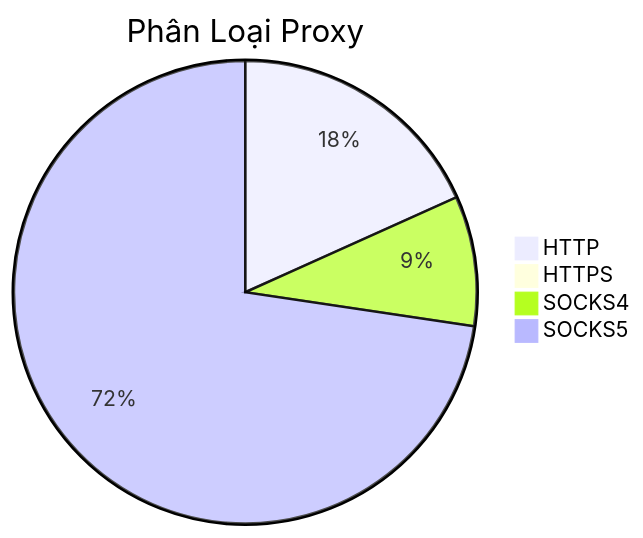
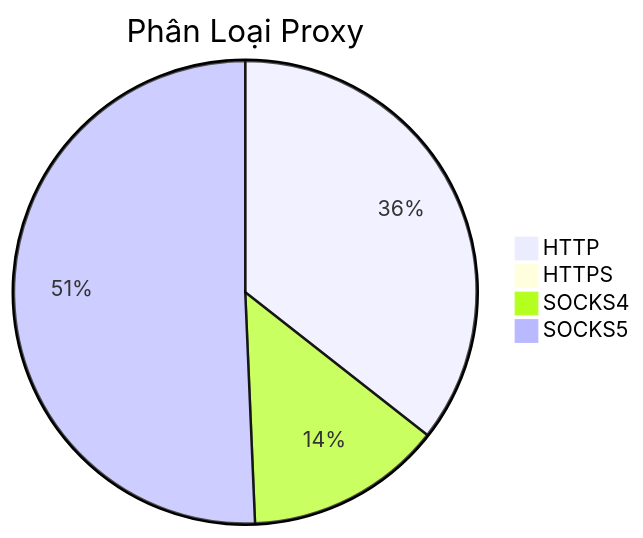
Before and after one commit to Ciara-Aa/PROXY-free: the diagram in README.md, drawn with Mermaid. The commit also changed other lines of this file and 4 other files, not shown here.

````diff
--- a/README.md
+++ b/README.md
@@ -26,7 +26,7 @@
 ```mermaid
 pie title Phân Loại Proxy
-    "HTTP" : 403
-    "HTTPS" : 6
-    "SOCKS4" : 200
-    "SOCKS5" : 1602
+    "HTTP" : 448
+    "HTTPS" : 2
+    "SOCKS4" : 173
+    "SOCKS5" : 638
 ```
````
